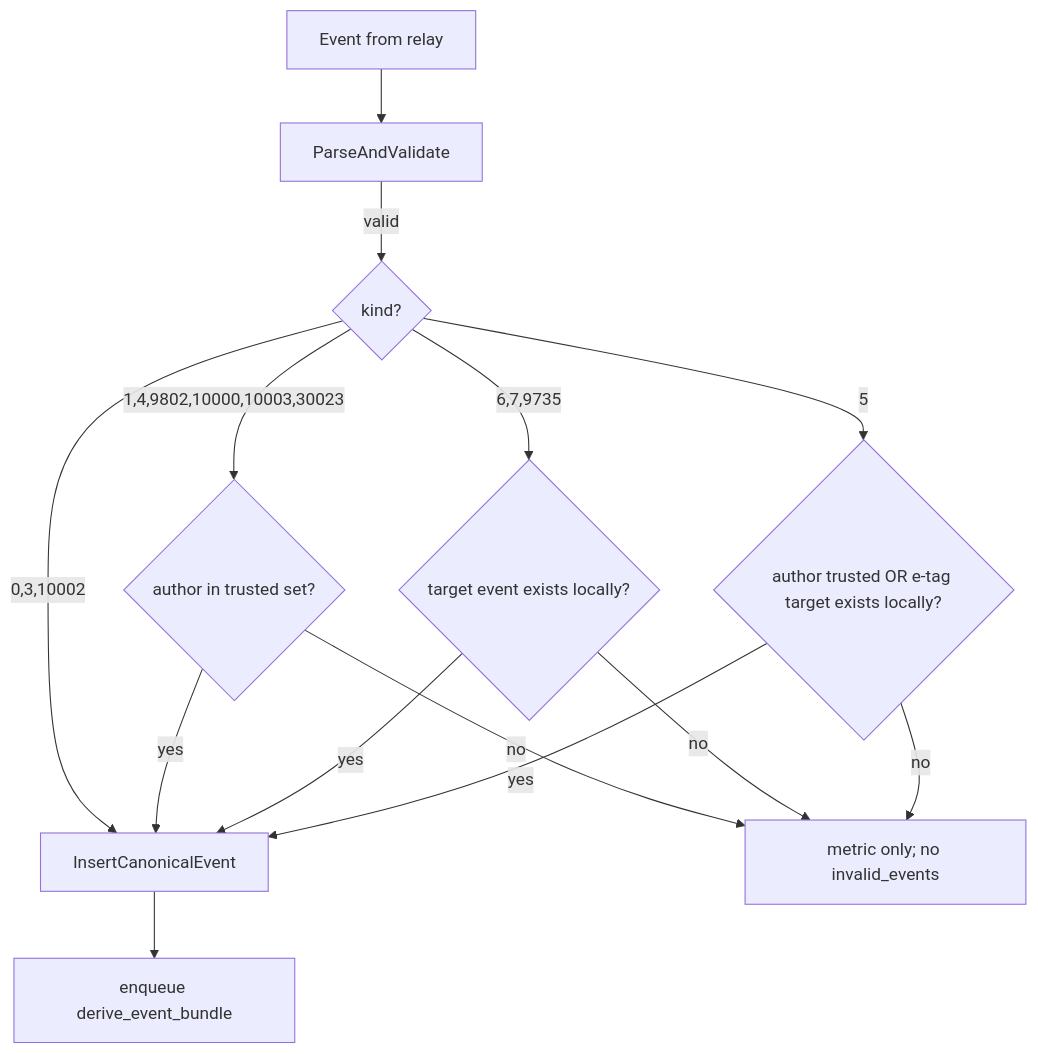
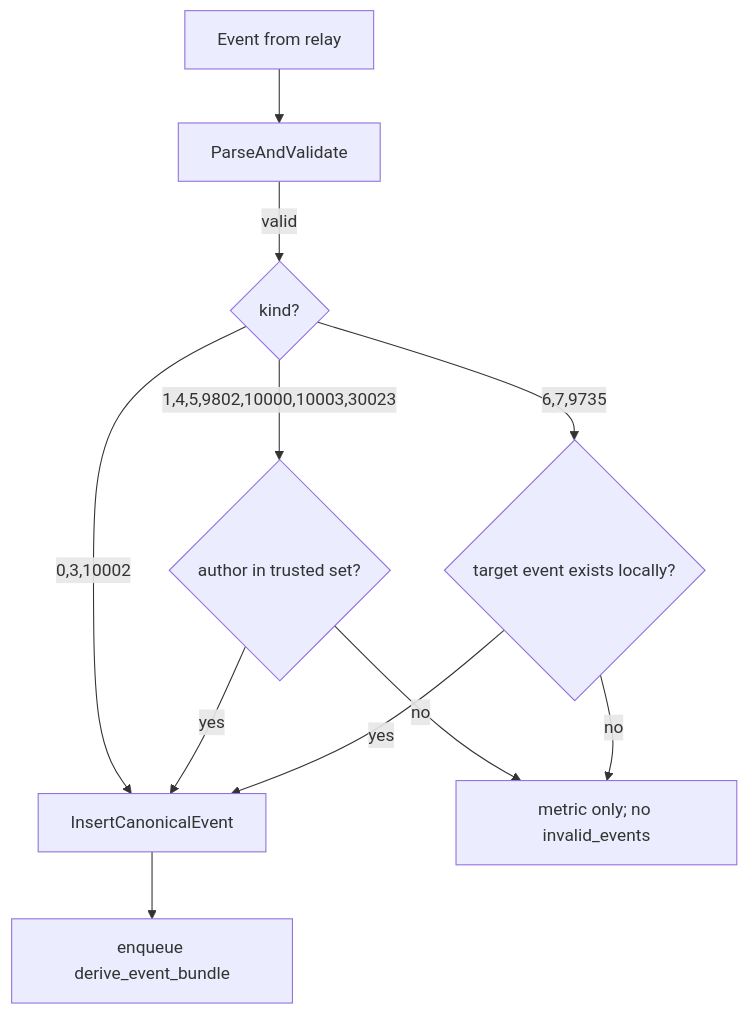
Before and after one commit to xdzczk/nostrmash: the diagram in docs/architecture/trust-bounded-ingest.md, drawn with Mermaid. The commit also changed other lines of this file and 16 other files, not shown here.

````diff
--- a/docs/architecture/trust-bounded-ingest.md
+++ b/docs/architecture/trust-bounded-ingest.md
@@ -20,16 +20,13 @@
 ```mermaid
 flowchart TD
   E["Event from relay"] --> V["ParseAndValidate"]
   V -->|valid| K{"kind?"}
   K -->|"0,3,10002"| Store["InsertCanonicalEvent"]
-  K -->|"1,4,9802,10000,10003,30023"| T{"author in trusted set?"}
+  K -->|"1,4,5,9802,10000,10003,30023"| T{"author in trusted set?"}
   T -->|yes| Store
   T -->|no| Drop["metric only; no invalid_events"]
   K -->|"6,7,9735"| Tgt{"target event exists locally?"}
   Tgt -->|yes| Store
   Tgt -->|no| Drop
-  K -->|"5"| D5{"author trusted OR e-tag target exists locally?"}
-  D5 -->|yes| Store
-  D5 -->|no| Drop
   Store --> J["enqueue derive_event_bundle"]
 ```
````
